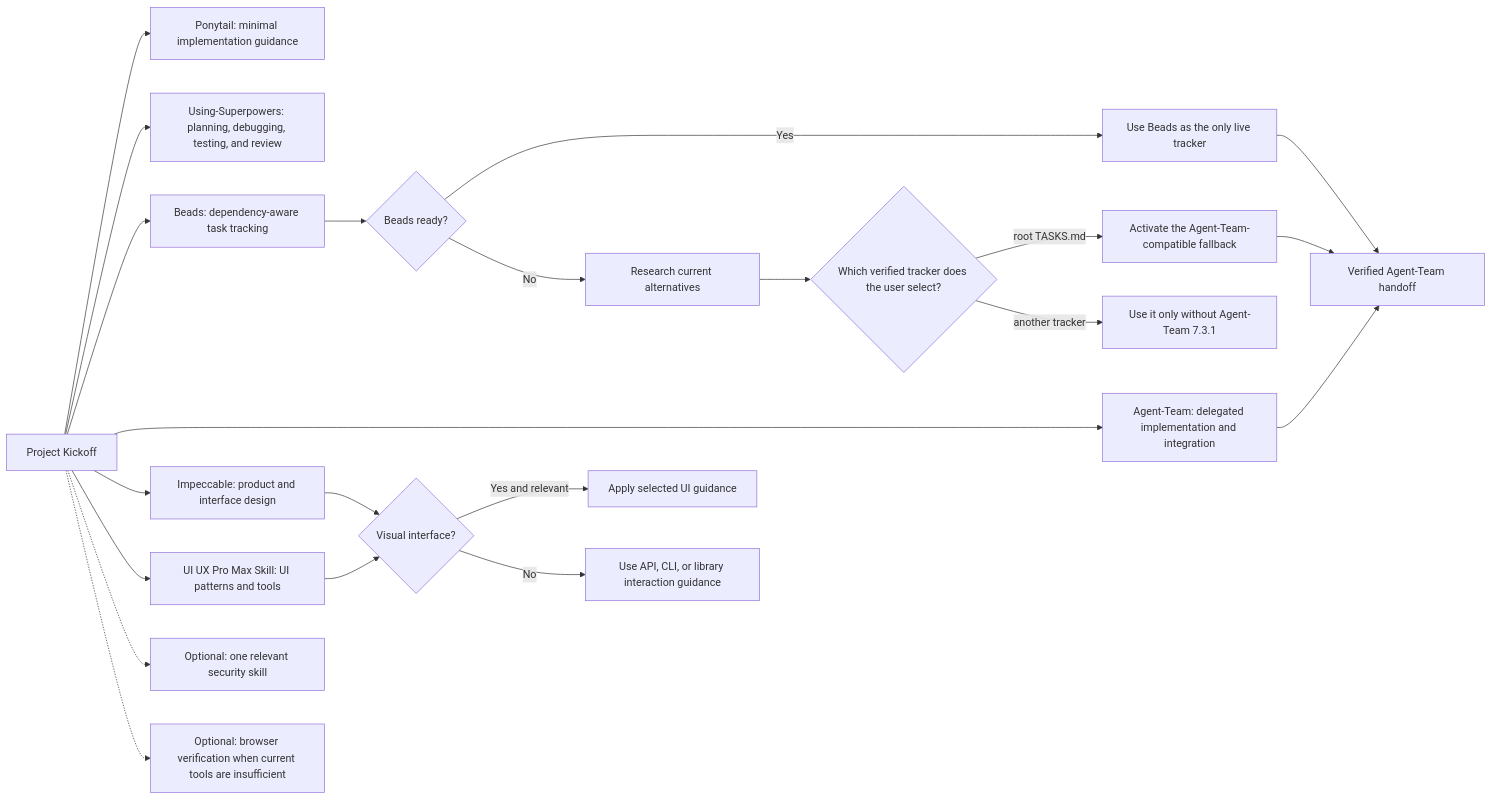
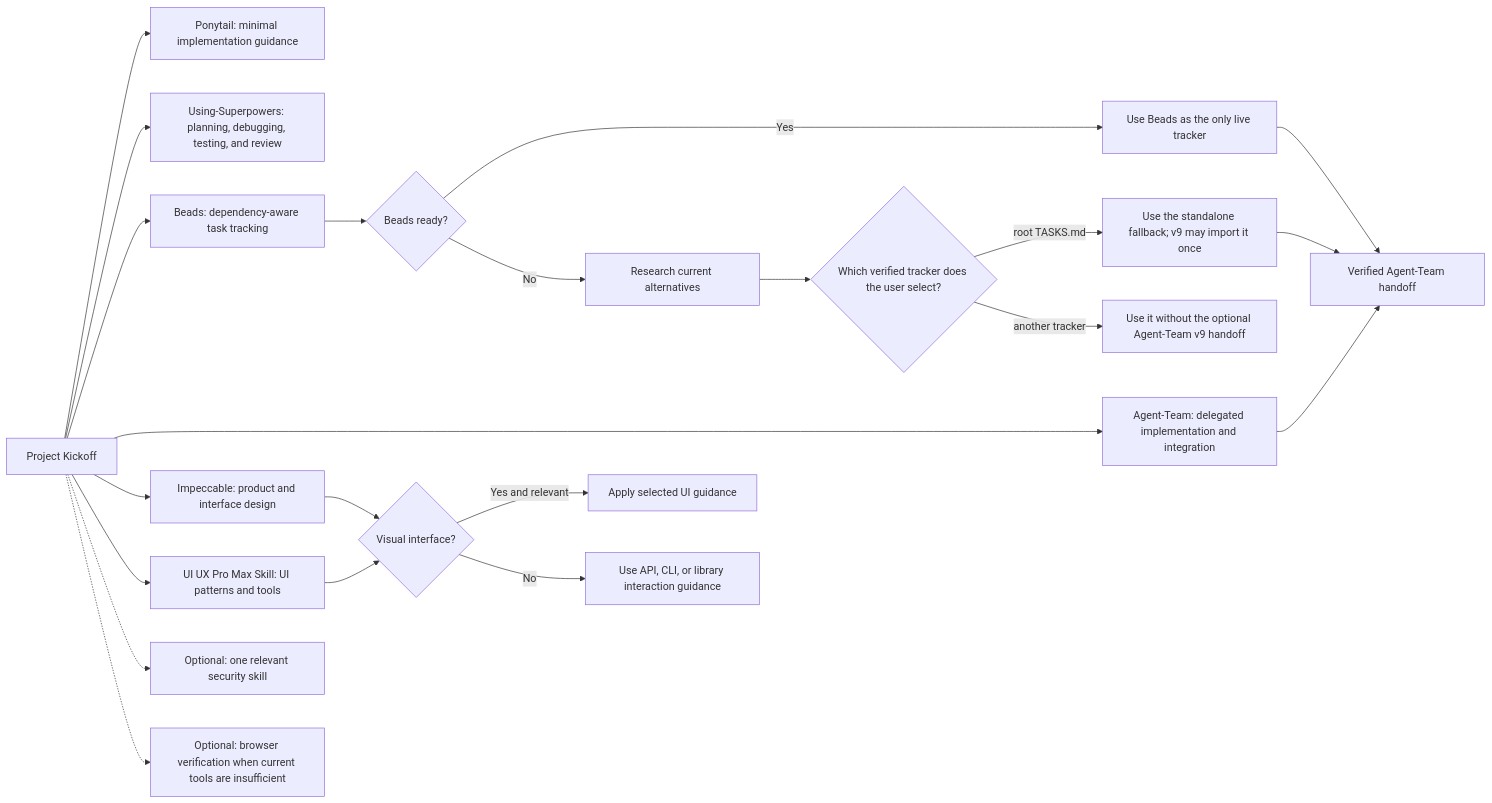
The second of 2 diagrams in README.md (thebpandey/project-kickoff), drawn with Mermaid before and after one commit. The commit also changed other lines of this file and 8 other files, not shown here.

````diff
--- a/README.md
+++ b/README.md
@@ -166,27 +166,27 @@
 ```mermaid
 flowchart LR
     PK["Project Kickoff"] --> P["Ponytail: minimal implementation guidance"]
     PK --> S["Using-Superpowers: planning, debugging, testing, and review"]
     PK --> B["Beads: dependency-aware task tracking"]
     PK --> A["Agent-Team: delegated implementation and integration"]
     PK --> I["Impeccable: product and interface design"]
     PK --> UI["UI UX Pro Max Skill: UI patterns and tools"]
 
     B --> BR{"Beads ready?"}
     BR -->|Yes| BT["Use Beads as the only live tracker"]
     BR -->|No| RESEARCH["Research current alternatives"]
     RESEARCH --> USER{"Which verified tracker does the user select?"}
-    USER -->|root TASKS.md| FT["Activate the Agent-Team-compatible fallback"]
-    USER -->|another tracker| NAT["Use it only without Agent-Team 7.3.1"]
+    USER -->|root TASKS.md| FT["Use the standalone fallback; v9 may import it once"]
+    USER -->|another tracker| NAT["Use it without the optional Agent-Team v9 handoff"]
 
     I --> VIS{"Visual interface?"}
     UI --> VIS
     VIS -->|Yes and relevant| DESIGN["Apply selected UI guidance"]
     VIS -->|No| NONVIS["Use API, CLI, or library interaction guidance"]
 
     PK -.-> SEC["Optional: one relevant security skill"]
     PK -.-> BROWSER["Optional: browser verification when current tools are insufficient"]
     BT --> HANDOFF["Verified Agent-Team handoff"]
     FT --> HANDOFF
     A --> HANDOFF
 ```
````
